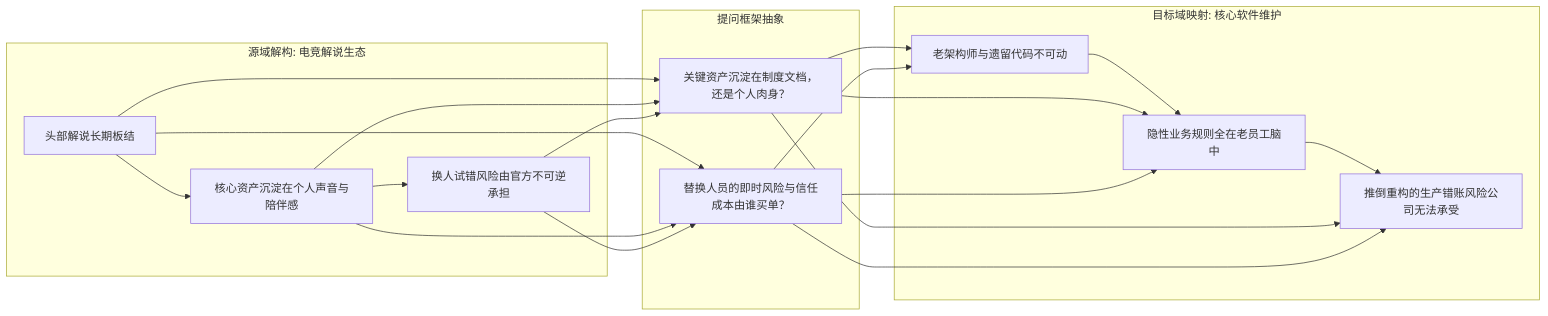
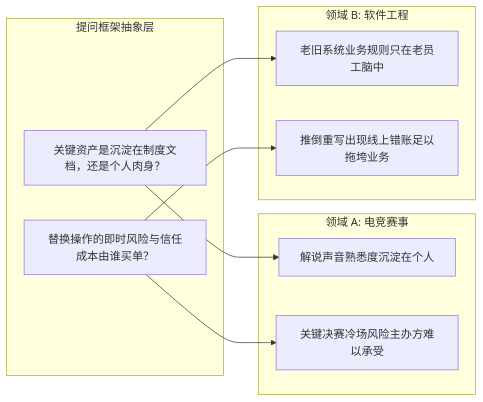
One commit to unendev/unendev.github.io changed the second of 3 diagrams in src/content/blog/cognitive-throughput-voice-typing-llm-scaffolding.md. Above: the diagram before and after it, drawn with Mermaid. The commit also changed other lines of this file and 1 other file, not shown here.

````diff
--- a/src/content/blog/cognitive-throughput-voice-typing-llm-scaffolding.md
+++ b/src/content/blog/cognitive-throughput-voice-typing-llm-scaffolding.md
@@ -96,17 +100,17 @@
 ```mermaid
 flowchart LR
-    subgraph 源域解构: 电竞解说生态
-        S1[头部解说长期板结] --> S2[核心资产沉淀在个人声音与陪伴感]
-        S2 --> S3[换人试错风险由官方不可逆承担]
+    subgraph 提问框架抽象层
+        Q1["关键资产是沉淀在制度文档，还是个人肉身？"]
+        Q2["替换操作的即时风险与信任成本由谁买单？"]
     end
-    subgraph 提问框架抽象
-        T1["关键资产沉淀在制度文档，还是个人肉身？"]
-        T2["替换人员的即时风险与信任成本由谁买单？"]
+    subgraph 领域 A: 电竞赛事
+        A1[解说声音熟悉度沉淀在个人]
+        A2[关键决赛冷场风险主办方难以承受]
     end
-    subgraph 目标域映射: 核心软件维护
-        D1[老架构师与遗留代码不可动] --> D2[隐性业务规则全在老员工脑中]
-        D2 --> D3[推倒重构的生产错账风险公司无法承受]
+    subgraph 领域 B: 软件工程
+        B1[老旧系统业务规则只在老员工脑中]
+        B2[推倒重写出现线上错账足以拖垮业务]
     end
-    S1 & S2 & S3 --> T1 & T2
-    T1 & T2 --> D1 & D2 & D3
+    Q1 --> A1 & B1
+    Q2 --> A2 & B2
 ```
````
